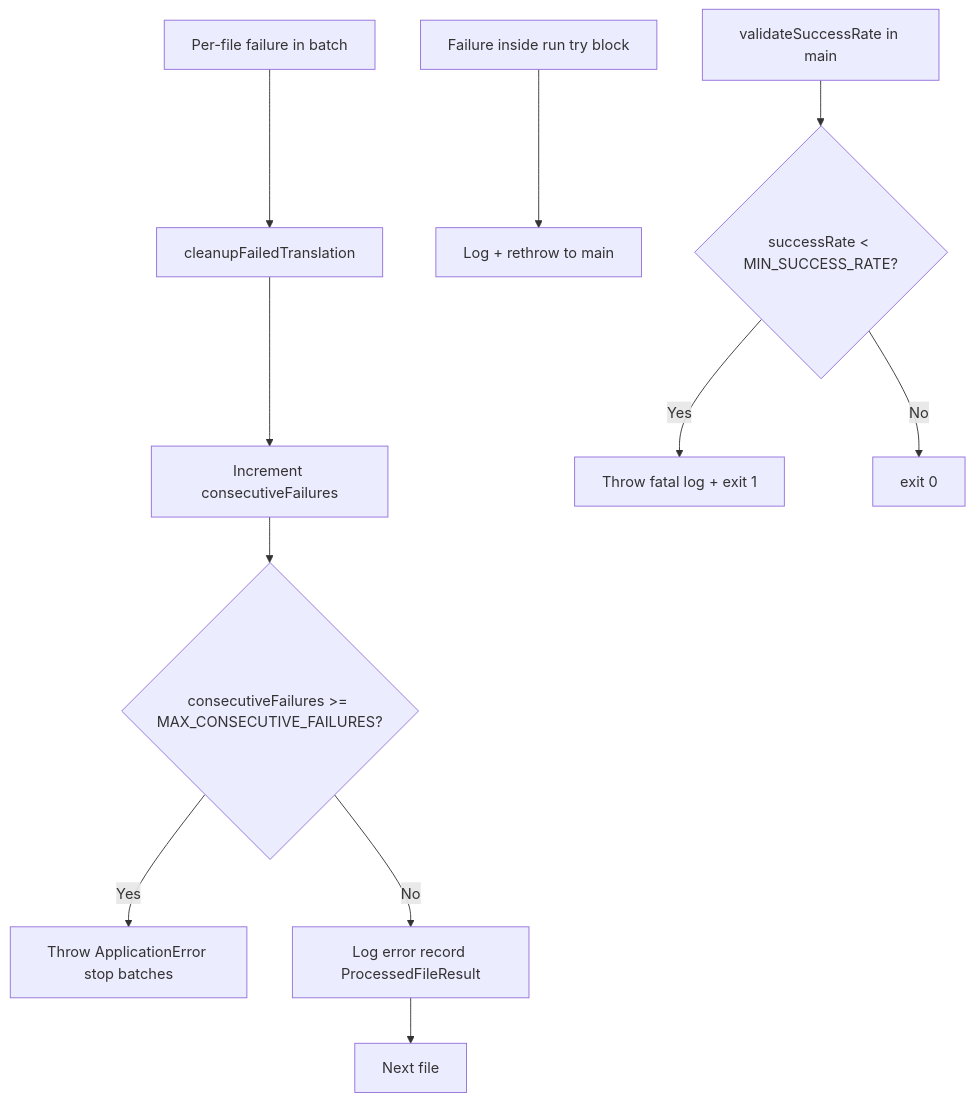
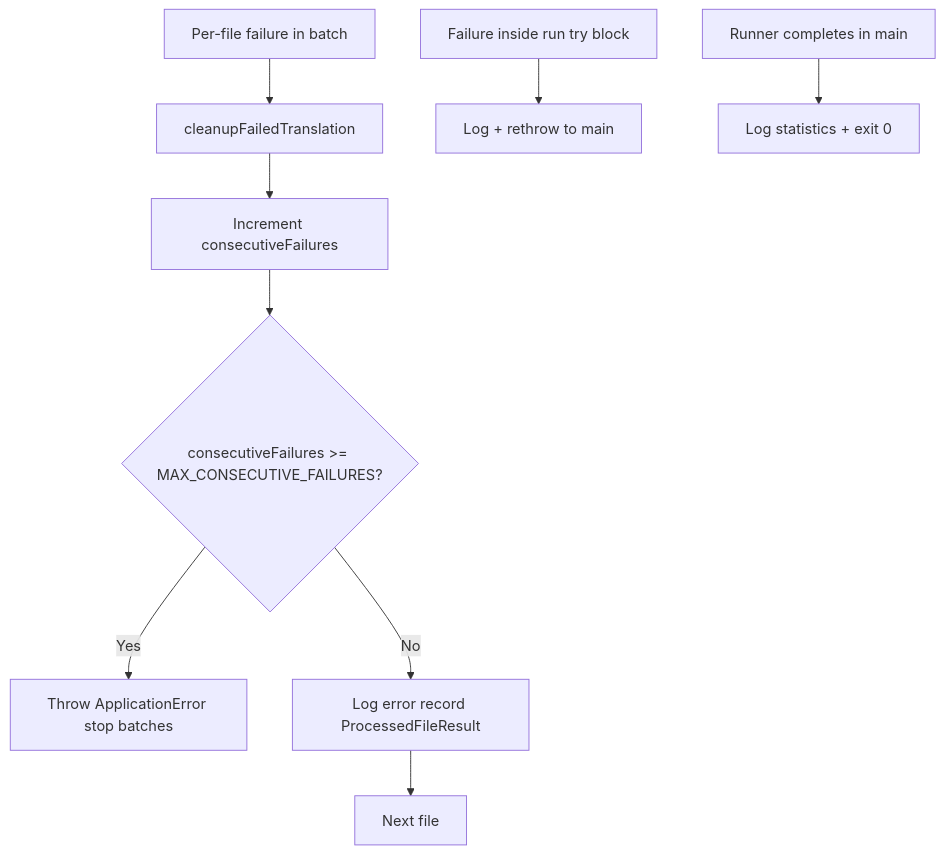
One commit to NivaldoFarias/translate-react changed the ninth of 9 diagrams in docs/WORKFLOW.md. Above: the diagram before and after it, drawn with Mermaid. The commit also changed other lines of this file and 18 other files, not shown here.

First line of the commit message:
feat(services): preserve YAML frontmatter and remove minimum success-rate gate

````diff
--- a/docs/WORKFLOW.md
+++ b/docs/WORKFLOW.md
@@ -288,15 +286,13 @@
 ```mermaid
 flowchart TD
     A[Per-file failure in batch] --> B[cleanupFailedTranslation]
     B --> C[Increment consecutiveFailures]
     C --> D{consecutiveFailures >= MAX_CONSECUTIVE_FAILURES?}
     D -->|Yes| E[Throw ApplicationError stop batches]
     D -->|No| F[Log error record ProcessedFileResult]
     F --> G[Next file]
 
     H[Failure inside run try block] --> I[Log + rethrow to main]
 
-    J[validateSuccessRate in main] --> K{successRate < MIN_SUCCESS_RATE?}
-    K -->|Yes| L[Throw fatal log + exit 1]
-    K -->|No| M[exit 0]
+    P[Runner completes in main] --> Q[Log statistics + exit 0]
 ```
````
